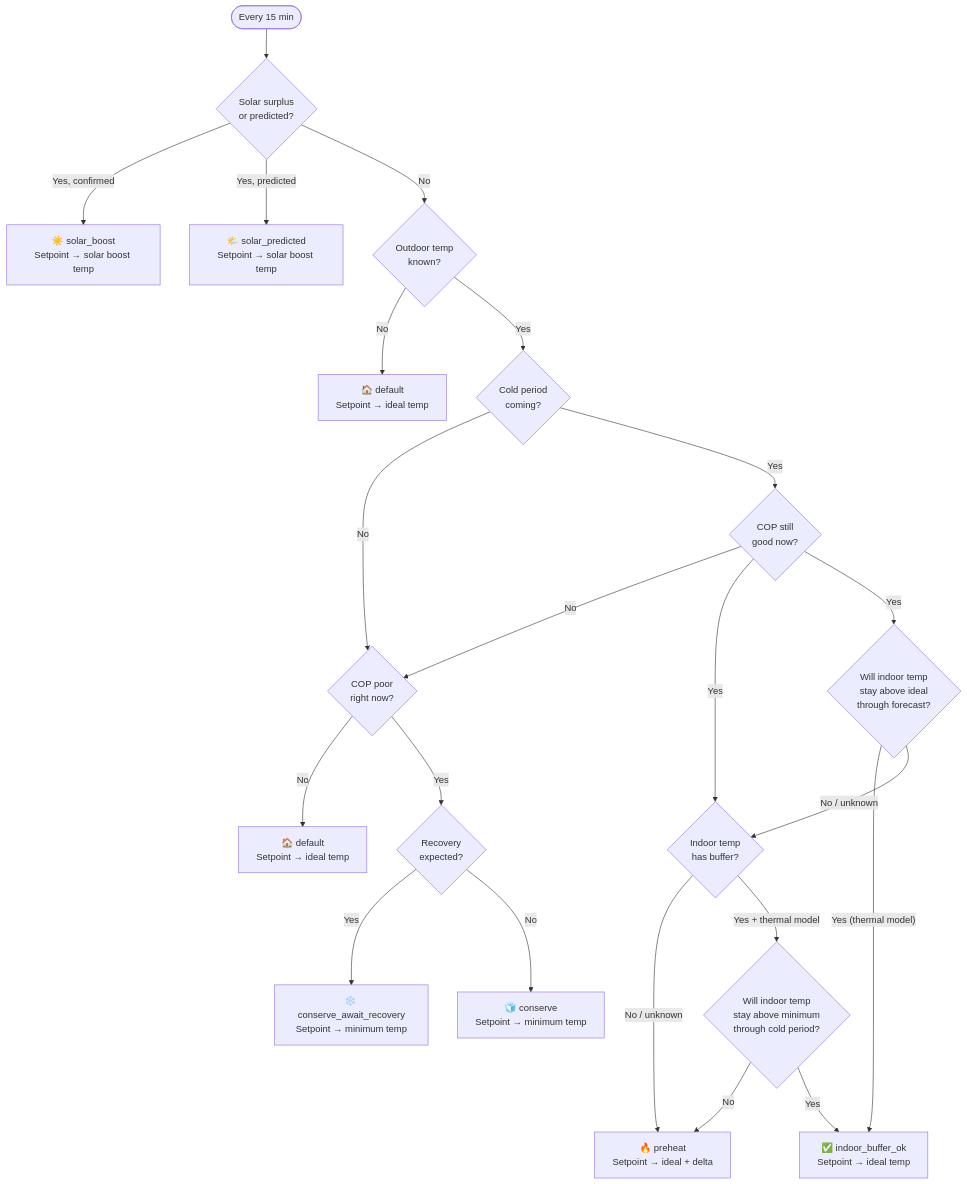
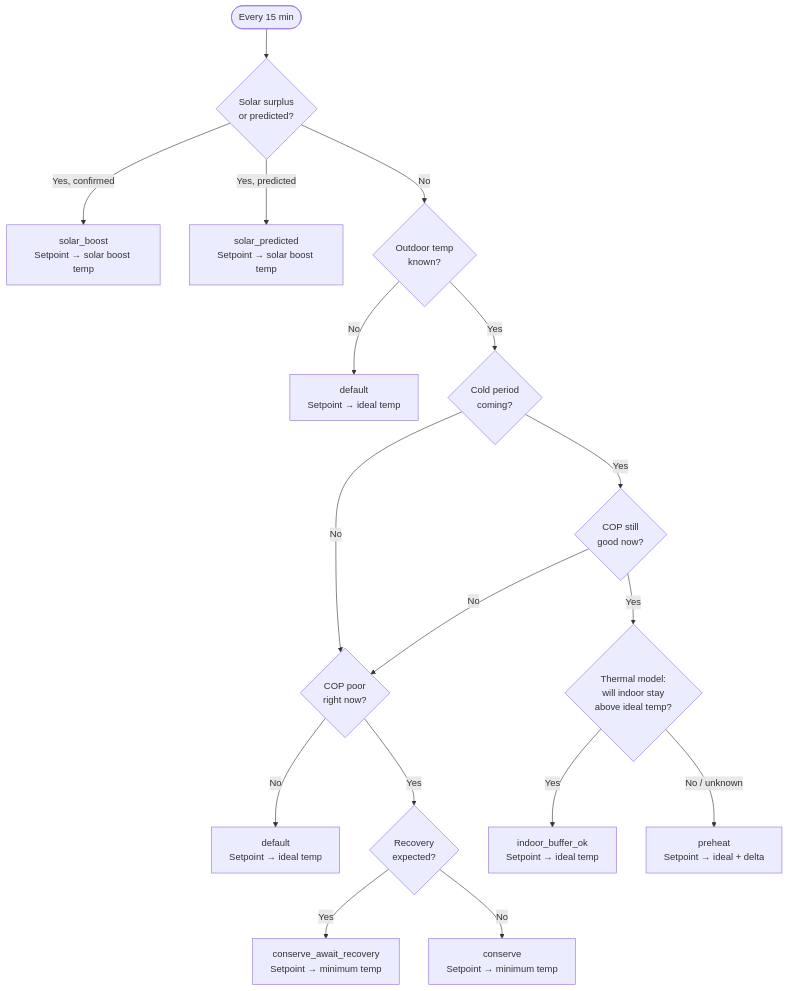
One commit to antongitnow/ha-smart-heatpump changed the first of 2 diagrams in README.md. Above: the diagram before and after it, drawn with Mermaid. The commit also changed other lines of this file and 4 other files, not shown here.

First line of the commit message:
Simplify preheat skip logic and add indoor temp to notifications

````diff
--- a/README.md
+++ b/README.md
@@ -28,25 +28,20 @@
 ```mermaid
 flowchart TD
     START([Every 15 min]) --> SOLAR{Solar surplus<br/>or predicted?}
-    SOLAR -- "Yes, confirmed" --> BOOST["☀️ solar_boost<br/>Setpoint → solar boost temp"]
-    SOLAR -- "Yes, predicted" --> PREDICTED["🌤️ solar_predicted<br/>Setpoint → solar boost temp"]
+    SOLAR -- "Yes, confirmed" --> BOOST["solar_boost<br/>Setpoint → solar boost temp"]
+    SOLAR -- "Yes, predicted" --> PREDICTED["solar_predicted<br/>Setpoint → solar boost temp"]
     SOLAR -- No --> OUTDOOR{Outdoor temp<br/>known?}
-    OUTDOOR -- No --> DEFAULT1["🏠 default<br/>Setpoint → ideal temp"]
+    OUTDOOR -- No --> DEFAULT1["default<br/>Setpoint → ideal temp"]
     OUTDOOR -- Yes --> FORECAST{Cold period<br/>coming?}
     FORECAST -- No --> COPNOW{COP poor<br/>right now?}
     FORECAST -- Yes --> COPGOOD{COP still<br/>good now?}
     COPGOOD -- No --> COPNOW
-    COPGOOD -- Yes --> BUFFER{Indoor temp<br/>has buffer?}
-    COPGOOD -- Yes --> IDEALCHECK{Will indoor temp<br/>stay above ideal<br/>through forecast?}
-    IDEALCHECK -- "Yes (thermal model)" --> SKIP["✅ indoor_buffer_ok<br/>Setpoint → ideal temp"]
-    IDEALCHECK -- "No / unknown" --> BUFFER{Indoor temp<br/>has buffer?}
-    BUFFER -- "No / unknown" --> PREHEAT["🔥 preheat<br/>Setpoint → ideal + delta"]
-    BUFFER -- "Yes + thermal model" --> PREDICT{Will indoor temp<br/>stay above minimum<br/>through cold period?}
-    PREDICT -- No --> PREHEAT
-    PREDICT -- Yes --> SKIP
-    COPNOW -- No --> DEFAULT2["🏠 default<br/>Setpoint → ideal temp"]
+    COPGOOD -- Yes --> IDEALCHECK{Thermal model:<br/>will indoor stay<br/>above ideal temp?}
+    IDEALCHECK -- Yes --> SKIP["indoor_buffer_ok<br/>Setpoint → ideal temp"]
+    IDEALCHECK -- "No / unknown" --> PREHEAT["preheat<br/>Setpoint → ideal + delta"]
+    COPNOW -- No --> DEFAULT2["default<br/>Setpoint → ideal temp"]
     COPNOW -- Yes --> RECOVERY{Recovery<br/>expected?}
-    RECOVERY -- Yes --> AWAIT["❄️ conserve_await_recovery<br/>Setpoint → minimum temp"]
-    RECOVERY -- No --> CONSERVE["🧊 conserve<br/>Setpoint → minimum temp"]
+    RECOVERY -- Yes --> AWAIT["conserve_await_recovery<br/>Setpoint → minimum temp"]
+    RECOVERY -- No --> CONSERVE["conserve<br/>Setpoint → minimum temp"]
 
 ```
````
